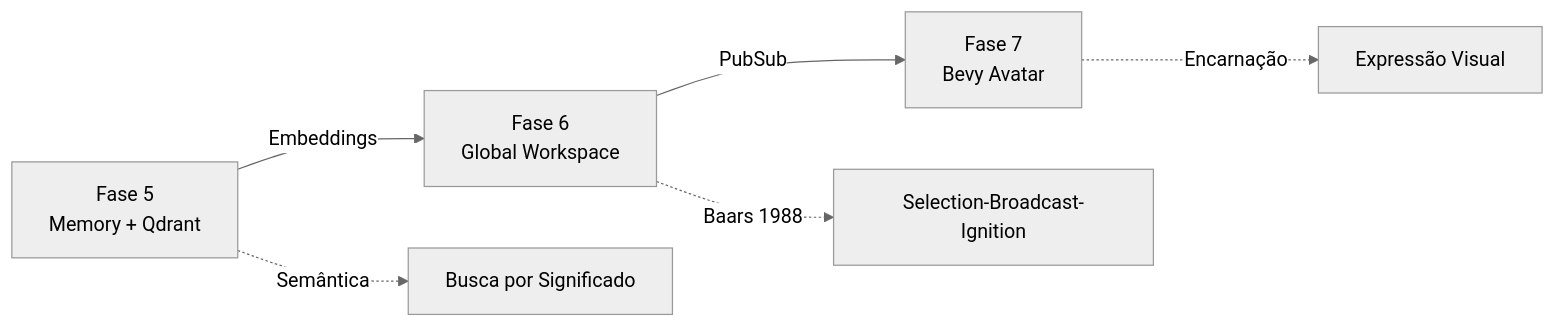
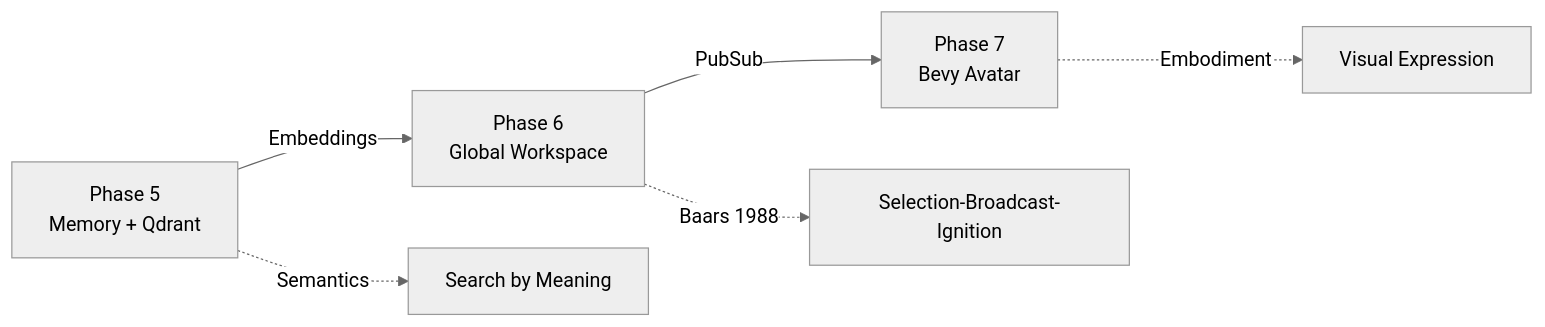
One commit to gabrielmaialva33/viva changed diagram 17 of 17 in docs/en/explanation/project-status.md. Above: the diagram before and after it, drawn with Mermaid (neutral theme). The commit also changed other lines of this file and 29 other files, not shown here.

````diff
--- a/docs/en/explanation/project-status.md
+++ b/docs/en/explanation/project-status.md
@@ -490,9 +490,9 @@
 ```mermaid
 flowchart LR
-    P5["Fase 5<br/>Memory + Qdrant"] -->|Embeddings| P6["Fase 6<br/>Global Workspace"]
-    P6 -->|PubSub| P7["Fase 7<br/>Bevy Avatar"]
+    P5["Phase 5<br/>Memory + Qdrant"] -->|Embeddings| P6["Phase 6<br/>Global Workspace"]
+    P6 -->|PubSub| P7["Phase 7<br/>Bevy Avatar"]
 
-    P5 -.->|"Semântica"| SEM["Busca por Significado"]
+    P5 -.->|"Semantics"| SEM["Search by Meaning"]
     P6 -.->|"Baars 1988"| GWT["Selection-Broadcast-Ignition"]
-    P7 -.->|"Encarnação"| BODY["Expressão Visual"]
+    P7 -.->|"Embodiment"| BODY["Visual Expression"]
 ```
````
